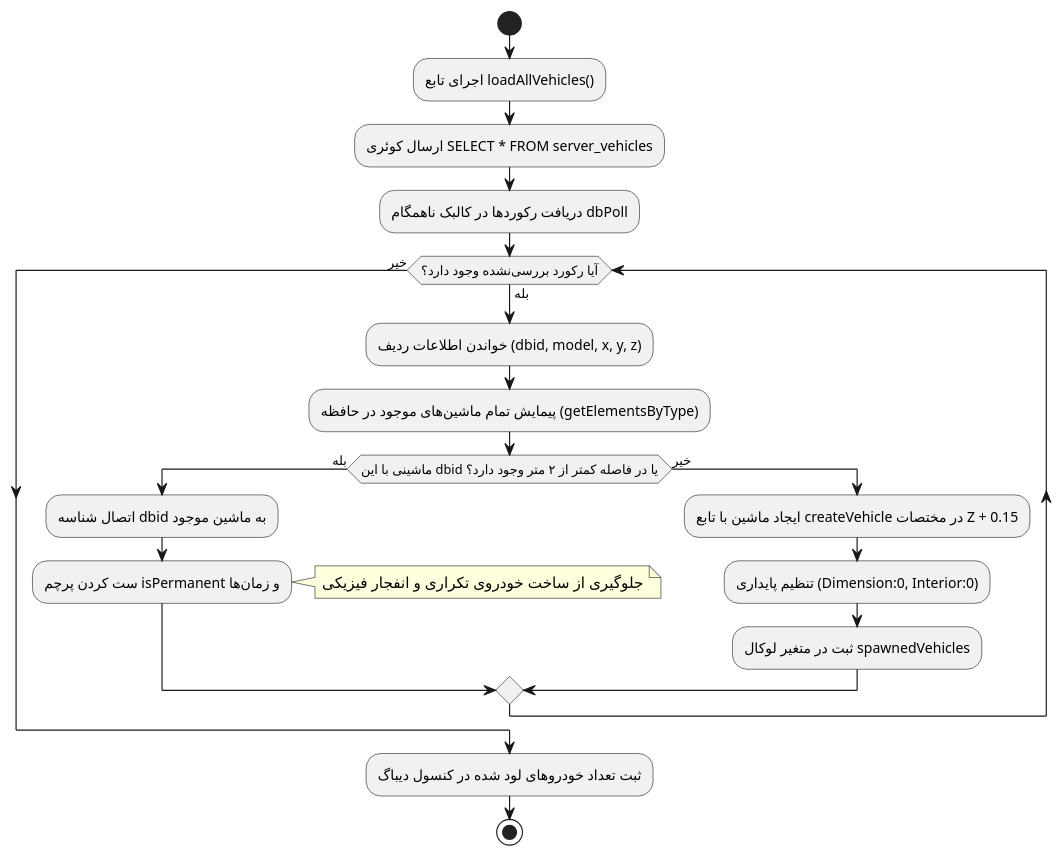
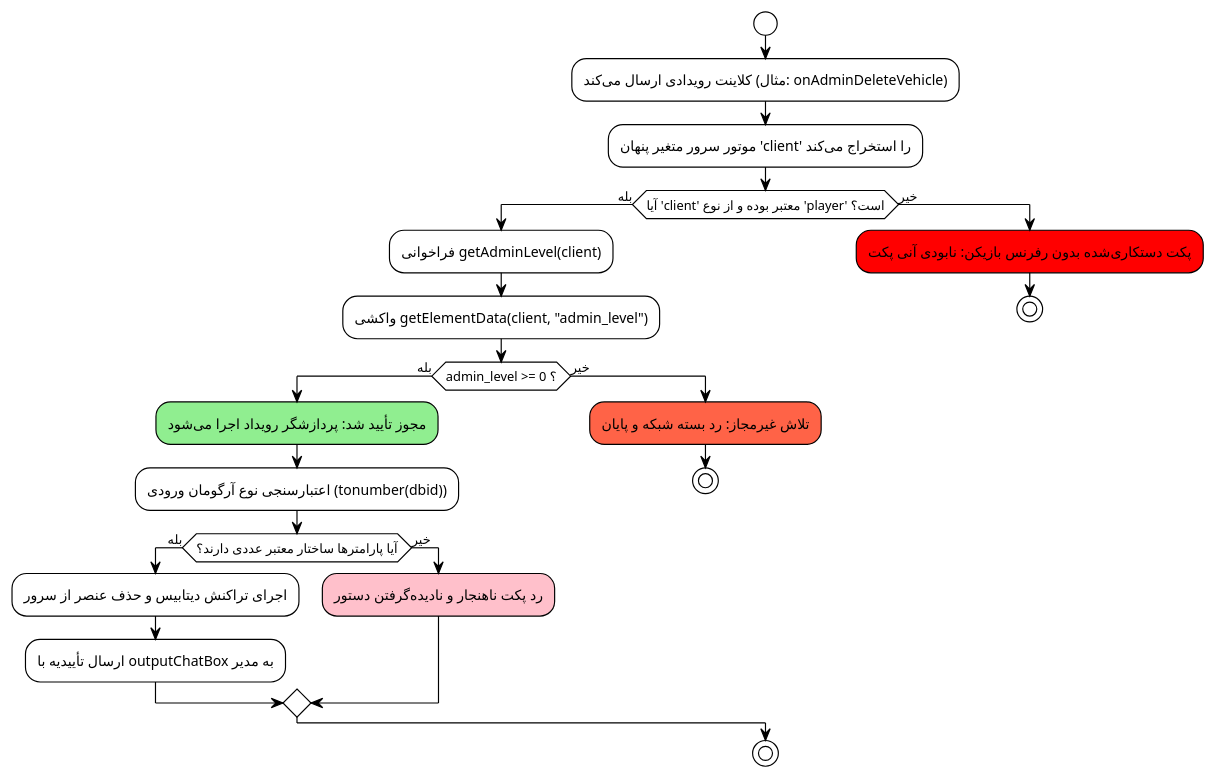
Before and after one commit to Silent-Galaxy/SilentRP: the seventh of 7 diagrams in resources/admin_vehicles/ReadMe.md, drawn with PlantUML. The commit also changed other lines of this file, not shown here.

````diff
--- a/resources/admin_vehicles/ReadMe.md
+++ b/resources/admin_vehicles/ReadMe.md
@@ -228,25 +520,28 @@
-```plantuml
 @startuml
+!theme plain
 start
-:اجرای تابع loadAllVehicles();
-:ارسال کوئری SELECT * FROM server_vehicles;
-:دریافت رکوردها در کالبک ناهمگام dbPoll;
+:کلاینت رویدادی ارسال می‌کند (مثال: onAdminDeleteVehicle);
+:موتور سرور متغیر پنهان 'client' را استخراج می‌کند;
 
-while (آیا رکورد بررسی‌نشده وجود دارد؟) is (بله)
-  :خواندن اطلاعات ردیف (dbid, model, x, y, z);
-  :پیمایش تمام ماشین‌های موجود در حافظه (getElementsByType);
-  if (ماشینی با این dbid یا در فاصله کمتر از ۲ متر وجود دارد؟) then (بله)
-    :اتصال شناسه dbid به ماشین موجود;
-    :ست کردن پرچم isPermanent و زمان‌ها;
-    note right: جلوگیری از ساخت خودروی تکراری و انفجار فیزیکی
-  else (خیر)
-    :ایجاد ماشین با تابع createVehicle در مختصات Z + 0.15;
-    :تنظیم پایداری (Dimension:0, Interior:0);
-    :ثبت در متغیر لوکال spawnedVehicles;
-  endif
-endwhile (خیر)
-
-:ثبت تعداد خودروهای لود شده در کنسول دیباگ;
+if (آیا 'client' معتبر بوده و از نوع 'player' است؟) then (بله)
+    :فراخوانی getAdminLevel(client);
+    :واکشی getElementData(client, "admin_level");
+    if (admin_level >= 0 ؟) then (بله)
+        #LightGreen:مجوز تأیید شد: پردازشگر رویداد اجرا می‌شود;
+        :اعتبارسنجی نوع آرگومان ورودی (tonumber(dbid));
+        if (آیا پارامترها ساختار معتبر عددی دارند؟) then (بله)
+            :اجرای تراکنش دیتابیس و حذف عنصر از سرور;
+            :ارسال تأییدیه با outputChatBox به مدیر;
+        else (خیر)
+            #Pink:رد پکت ناهنجار و نادیده‌گرفتن دستور;
+        endif
+    else (خیر)
+        #Tomato:تلاش غیرمجاز: رد بسته شبکه و پایان;
+        stop
+    endif
+else (خیر)
+    #Red:پکت دستکاری‌شده بدون رفرنس بازیکن: نابودی آنی پکت;
+    stop
+endif
 stop
 @enduml
-```
````
